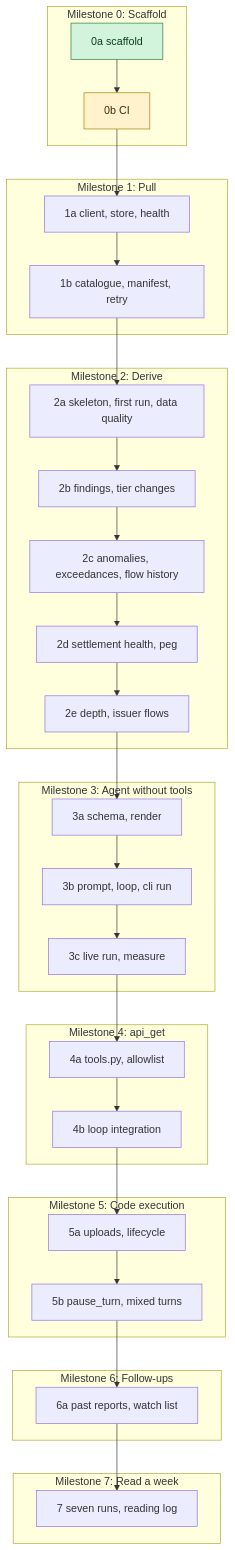
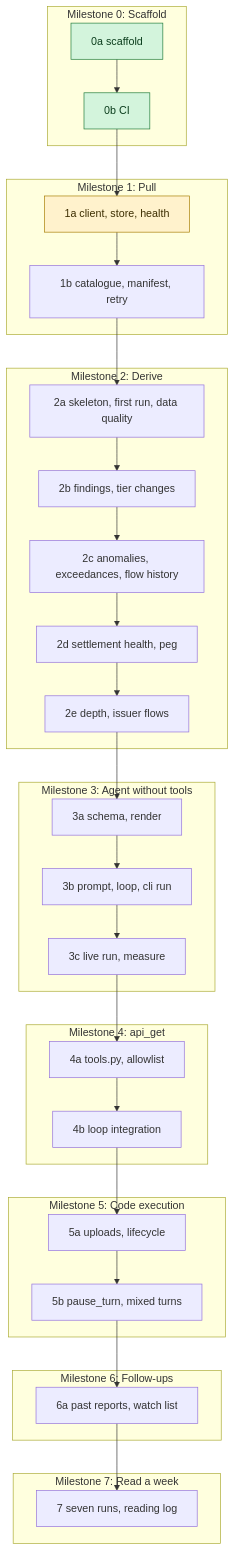
One commit to Jason-Dorman/agentic-liquidity-app-reporter changed the diagram in docs/BUILD-PLAN.md. Above: the diagram before and after it, drawn with Mermaid. The commit also changed other lines of this file and 19 other files, not shown here.

````diff
--- a/docs/BUILD-PLAN.md
+++ b/docs/BUILD-PLAN.md
@@ -12,43 +12,44 @@
 ```mermaid
 flowchart TD
     subgraph M0["Milestone 0: Scaffold"]
         P0a["0a scaffold"] --> P0b["0b CI"]
     end
     subgraph M1["Milestone 1: Pull"]
         P1a["1a client, store, health"] --> P1b["1b catalogue, manifest, retry"]
     end
     subgraph M2["Milestone 2: Derive"]
         P2a["2a skeleton, first run, data quality"] --> P2b["2b findings, tier changes"]
         P2b --> P2c["2c anomalies, exceedances, flow history"]
         P2c --> P2d["2d settlement health, peg"]
         P2d --> P2e["2e depth, issuer flows"]
     end
     subgraph M3["Milestone 3: Agent without tools"]
         P3a["3a schema, render"] --> P3b["3b prompt, loop, cli run"]
         P3b --> P3c["3c live run, measure"]
     end
     subgraph M4["Milestone 4: api_get"]
         P4a["4a tools.py, allowlist"] --> P4b["4b loop integration"]
     end
     subgraph M5["Milestone 5: Code execution"]
         P5a["5a uploads, lifecycle"] --> P5b["5b pause_turn, mixed turns"]
     end
     subgraph M6["Milestone 6: Follow-ups"]
         P6a["6a past reports, watch list"]
     end
     subgraph M7["Milestone 7: Read a week"]
         P7["7 seven runs, reading log"]
     end
     P0b --> P1a
     P1b --> P2a
     P2e --> P3a
     P3c --> P4a
     P4b --> P5a
     P5b --> P6a
     P6a --> P7
 
     classDef done fill:#d3f4dc,stroke:#1f7a3a,color:#0b3d1c
     classDef progress fill:#fff2cc,stroke:#a67c00,color:#3d2e00
     class P0a done
-    class P0b progress
+    class P0b done
+    class P1a progress
 ```
````
